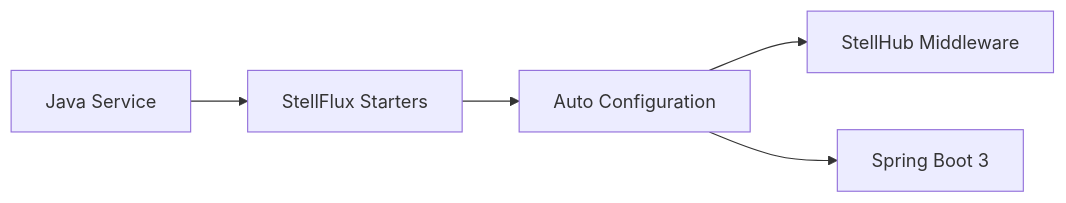
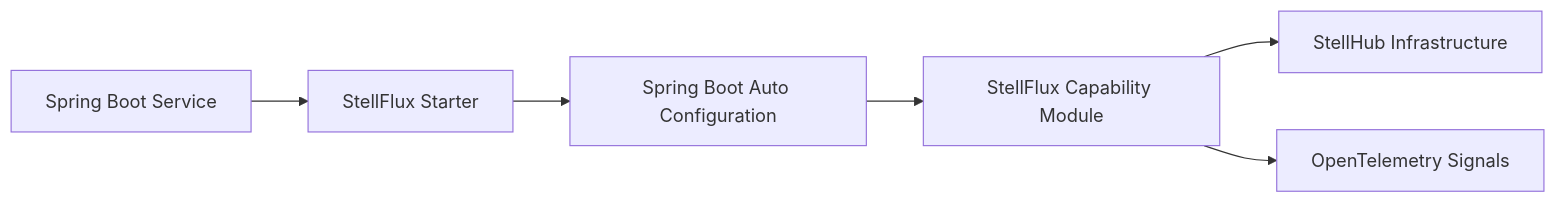
The diagram in README.md (stellhub/stellflux), drawn with Mermaid before and after one commit. The commit also changed other lines of this file and 7 other files, not shown here.

````diff
--- a/README.md
+++ b/README.md
@@ -50,7 +85,8 @@
 ```mermaid
 flowchart LR
-    App[Java Service] --> Starter[StellFlux Starters]
-    Starter --> AutoConfig[Auto Configuration]
-    AutoConfig --> Middleware[StellHub Middleware]
-    AutoConfig --> Spring[Spring Boot 3]
+    App[Spring Boot Service] --> Starter[StellFlux Starter]
+    Starter --> AutoConfig[Spring Boot Auto Configuration]
+    AutoConfig --> Core[StellFlux Capability Module]
+    Core --> Middleware[StellHub Infrastructure]
+    Core --> OTel[OpenTelemetry Signals]
 ```
````
